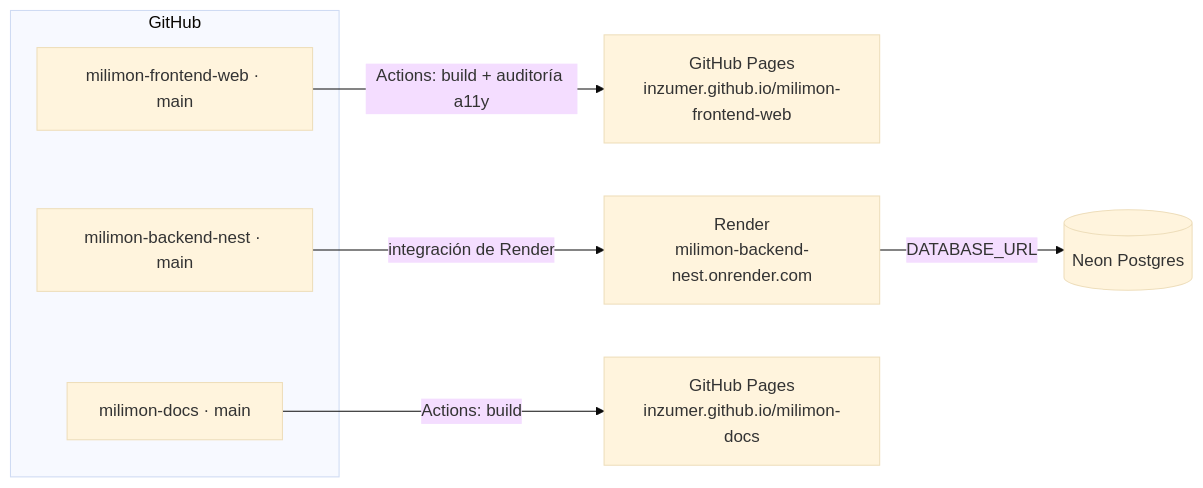
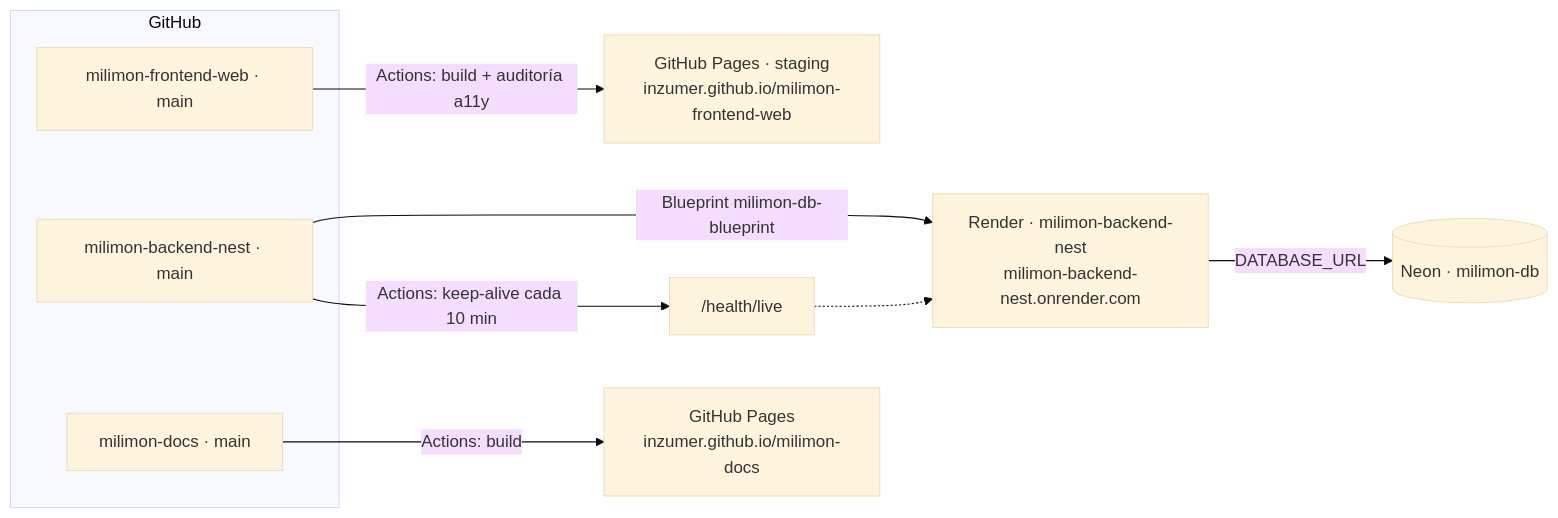
One commit to inzumer/milimon-docs changed the diagram in src/content/docs/arquitectura/despliegue.md. Above: the diagram before and after it, drawn with Mermaid (base theme). The commit also changed other lines of this file and 4 other files, not shown here.

First line of the commit message:
docs: infra names, keep-alive, GTM staging and the split packages

````diff
--- a/src/content/docs/arquitectura/despliegue.md
+++ b/src/content/docs/arquitectura/despliegue.md
@@ -8,12 +8,14 @@
 ```mermaid
 flowchart LR
   subgraph repos[GitHub]
     web[milimon-frontend-web · main]
     api[milimon-backend-nest · main]
     docs[milimon-docs · main]
   end
-  web -- "Actions: build + auditoría a11y" --> pages[GitHub Pages<br/>inzumer.github.io/milimon-frontend-web]
-  api -- "integración de Render" --> render[Render<br/>milimon-backend-nest.onrender.com]
-  render -- DATABASE_URL --> neon[(Neon Postgres)]
+  web -- "Actions: build + auditoría a11y" --> pages[GitHub Pages · staging<br/>inzumer.github.io/milimon-frontend-web]
+  api -- "Blueprint milimon-db-blueprint" --> render[Render · milimon-backend-nest<br/>milimon-backend-nest.onrender.com]
+  render -- DATABASE_URL --> neon[(Neon · milimon-db)]
+  api -- "Actions: keep-alive cada 10 min" --> live["/health/live"]
+  live -.-> render
   docs -- "Actions: build" --> docsPages[GitHub Pages<br/>inzumer.github.io/milimon-docs]
 ```
````
